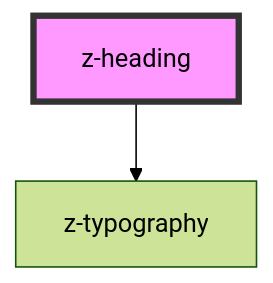
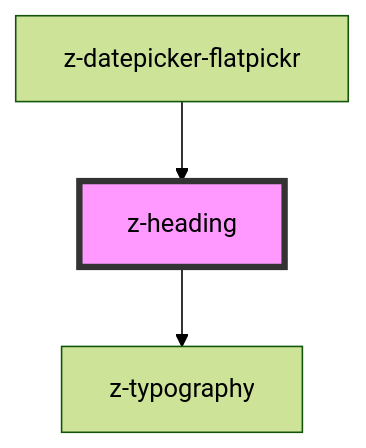
Before and after one commit to ZanichelliEditore/design-system: the diagram in src/components/typography/z-heading/readme.md, drawn with Mermaid (forest theme). The commit also changed other lines of this file and 17 other files, not shown here.

````diff
--- a/src/components/typography/z-heading/readme.md
+++ b/src/components/typography/z-heading/readme.md
@@ -24,5 +28,6 @@
 ```mermaid
 graph TD;
   z-heading --> z-typography
+  z-datepicker-flatpickr --> z-heading
   style z-heading fill:#f9f,stroke:#333,stroke-width:4px
 ```
````
